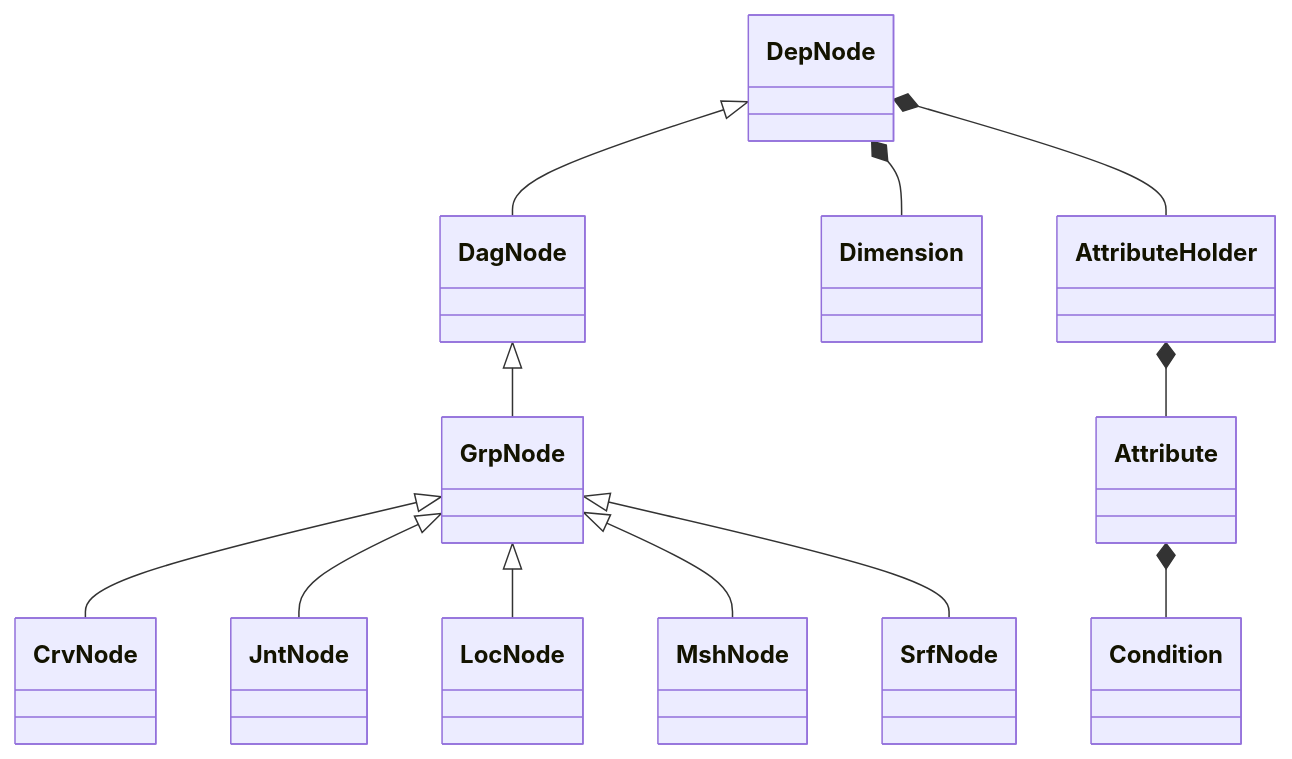
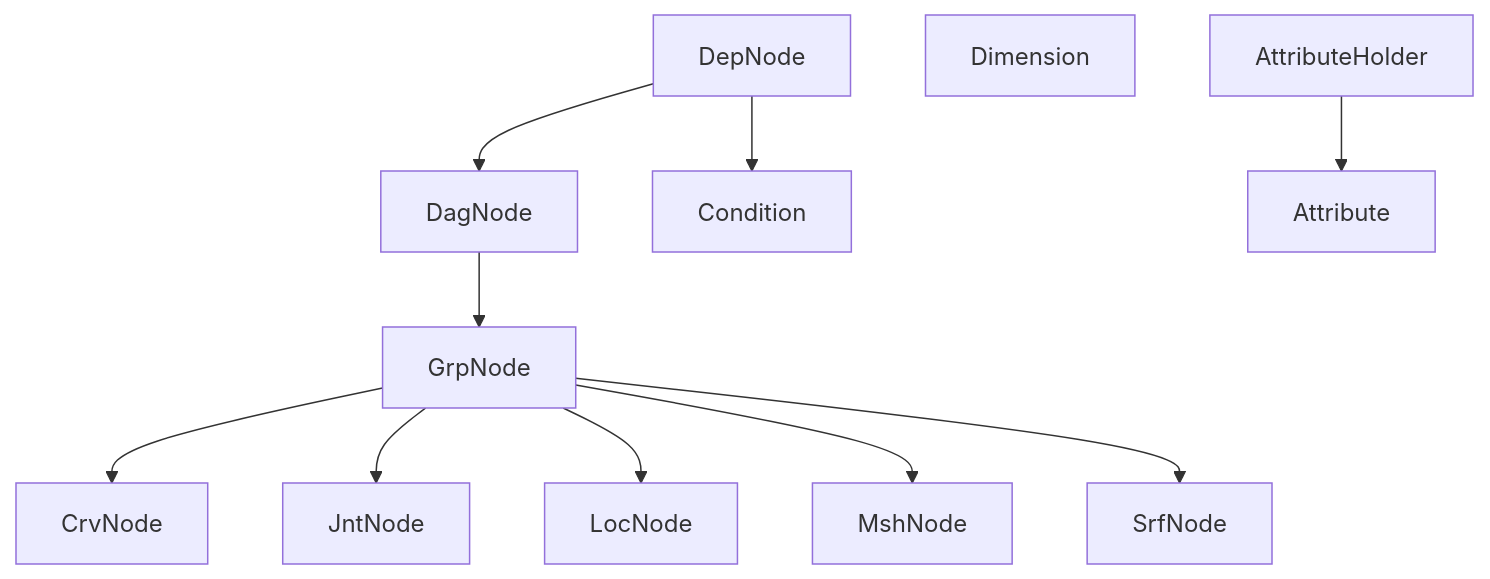
The first of 2 diagrams in README.md (nickyliux/nl_rigging_tools), drawn with Mermaid before and after one commit. The commit also changed other lines of this file, not shown here.

Commit message:
Update README.md: refine class diagrams for framework and component classes, improving clarity and structure

````diff
--- a/README.md
+++ b/README.md
@@ -21,21 +21,14 @@
 ```mermaid
-classDiagram
-    
-    DepNode <|-- DagNode
-    DagNode <|-- GrpNode
-    GrpNode <|-- CrvNode
-    GrpNode <|-- JntNode
-    GrpNode <|-- LocNode
-    GrpNode <|-- MshNode
-    GrpNode <|-- SrfNode
-    
-    DepNode *-- Dimension
-    AttributeHolder *-- Attribute
-    DepNode *-- AttributeHolder
-    Attribute *-- Condition
-    class AttributeHolder
-    class Attribute
-    class Condition
-    class Dimension
-    
+flowchart
+    DepNode --> DagNode
+    DepNode --> Condition
+    DagNode --> GrpNode
+    GrpNode --> CrvNode
+    GrpNode --> JntNode
+    GrpNode --> LocNode
+    GrpNode --> MshNode
+    GrpNode --> SrfNode
+
+    Dimension
+    AttributeHolder --> Attribute
 ```
````
